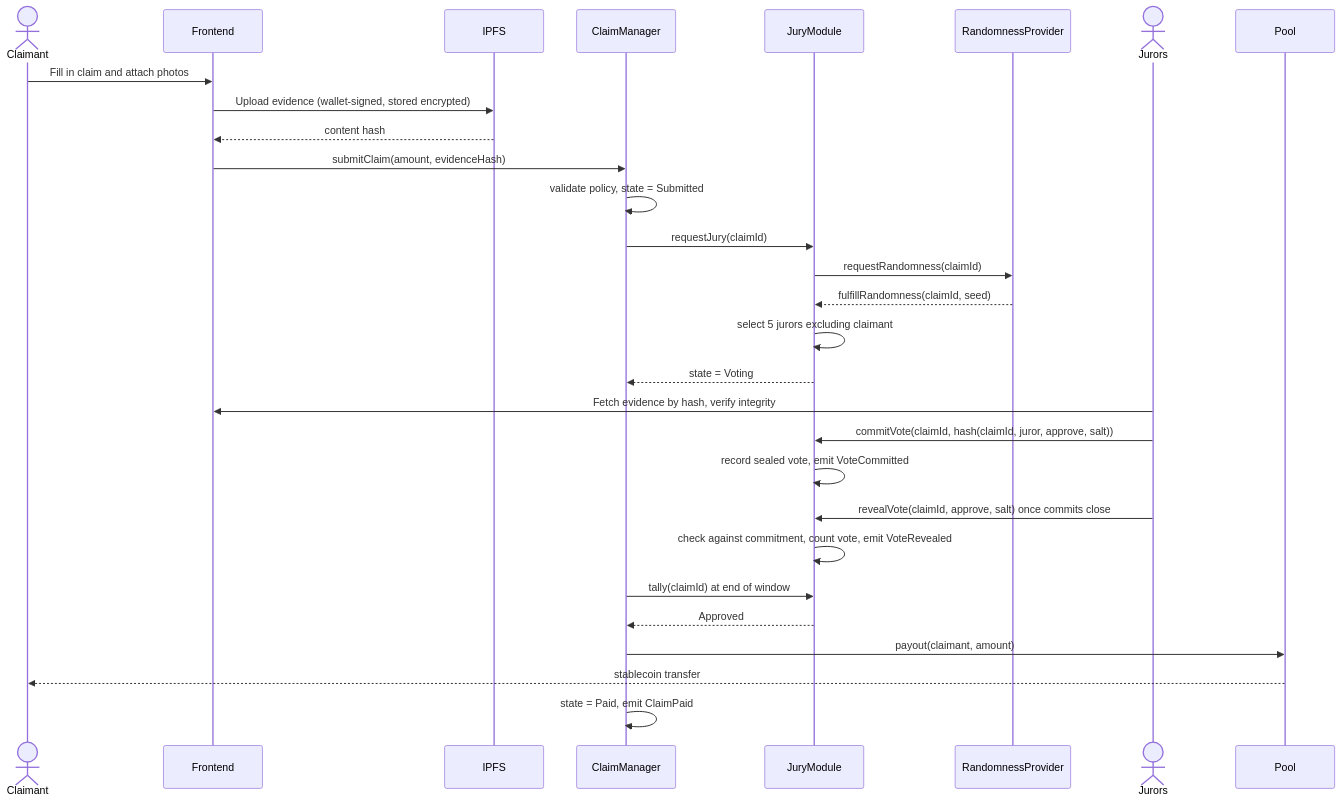
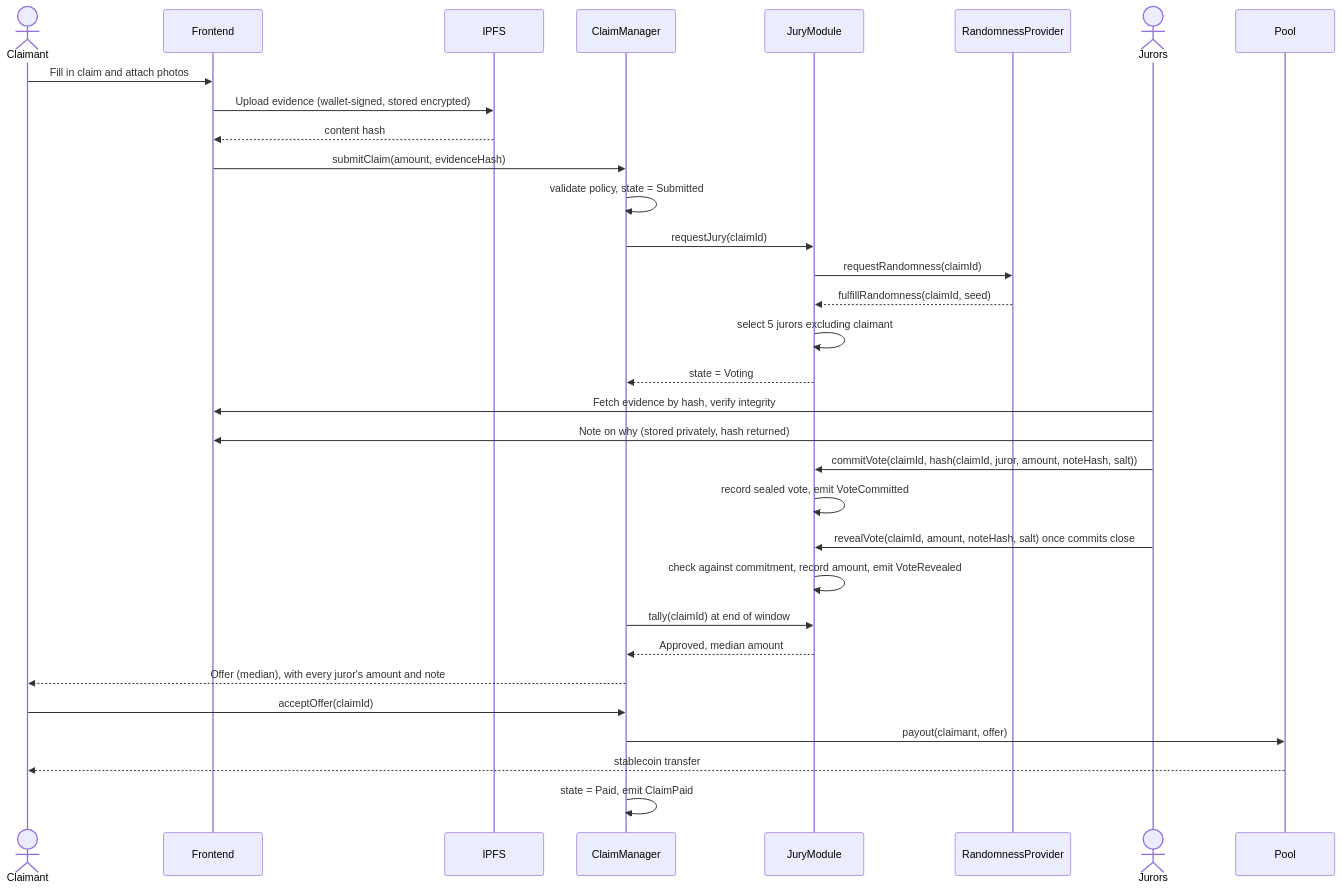
Before and after one commit to StephanieNgu/trust-pool: the fourth of 5 diagrams in docs/design-doc.md, drawn with Mermaid. The commit also changed other lines of this file and 33 other files, not shown here.

First line of the commit message:
Let jurors vote an amount with a note; pay the median as an offer

````diff
--- a/docs/design-doc.md
+++ b/docs/design-doc.md
@@ -181,32 +191,35 @@
 ```mermaid
 sequenceDiagram
     actor C as Claimant
     participant UI as Frontend
     participant IPFS as IPFS
     participant CM as ClaimManager
     participant JM as JuryModule
     participant RNG as RandomnessProvider
     actor J as Jurors
     participant P as Pool
 
     C->>UI: Fill in claim and attach photos
     UI->>IPFS: Upload evidence (wallet-signed, stored encrypted)
     IPFS-->>UI: content hash
     UI->>CM: submitClaim(amount, evidenceHash)
     CM->>CM: validate policy, state = Submitted
     CM->>JM: requestJury(claimId)
     JM->>RNG: requestRandomness(claimId)
     RNG-->>JM: fulfillRandomness(claimId, seed)
     JM->>JM: select 5 jurors excluding claimant
     JM-->>CM: state = Voting
     J->>UI: Fetch evidence by hash, verify integrity
-    J->>JM: commitVote(claimId, hash(claimId, juror, approve, salt))
+    J->>UI: Note on why (stored privately, hash returned)
+    J->>JM: commitVote(claimId, hash(claimId, juror, amount, noteHash, salt))
     JM->>JM: record sealed vote, emit VoteCommitted
-    J->>JM: revealVote(claimId, approve, salt) once commits close
-    JM->>JM: check against commitment, count vote, emit VoteRevealed
+    J->>JM: revealVote(claimId, amount, noteHash, salt) once commits close
+    JM->>JM: check against commitment, record amount, emit VoteRevealed
     CM->>JM: tally(claimId) at end of window
-    JM-->>CM: Approved
-    CM->>P: payout(claimant, amount)
+    JM-->>CM: Approved, median amount
+    CM-->>C: Offer (median), with every juror's amount and note
+    C->>CM: acceptOffer(claimId)
+    CM->>P: payout(claimant, offer)
     P-->>C: stablecoin transfer
     CM->>CM: state = Paid, emit ClaimPaid
 ```
````
